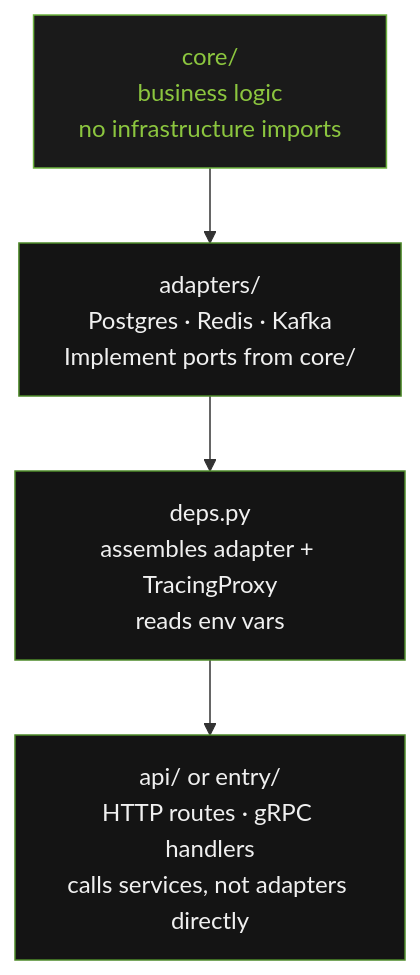
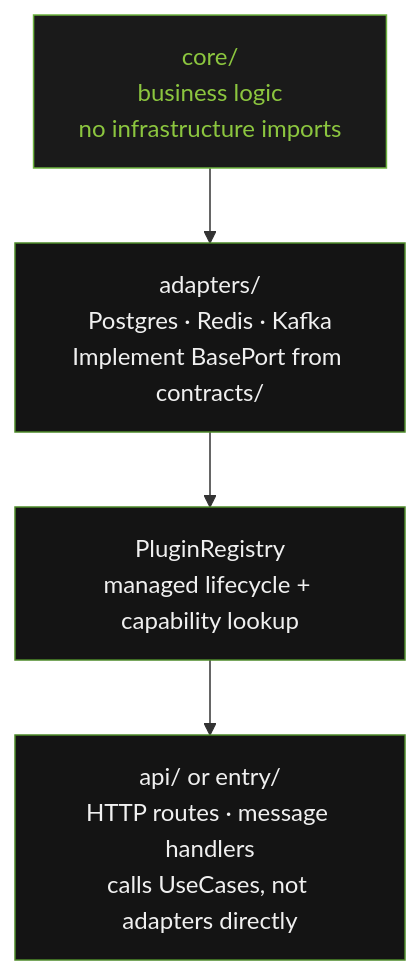
One commit to Furious-Meteors/openframe-core changed the diagram in docs/developer-guide/how-it-works.md. Above: the diagram before and after it, drawn with Mermaid. The commit also changed other lines of this file and 94 other files, not shown here.

````diff
--- a/docs/developer-guide/how-it-works.md
+++ b/docs/developer-guide/how-it-works.md
@@ -11,16 +11,16 @@
 ```mermaid
 flowchart TD
     CORE["core/\nbusiness logic\nno infrastructure imports"]
-    ADAPTER["adapters/\nPostgres · Redis · Kafka\nImplement ports from core/"]
-    DEPS["deps.py\nassembles adapter + TracingProxy\nreads env vars"]
-    ROUTES["api/ or entry/\nHTTP routes · gRPC handlers\ncalls services, not adapters directly"]
+    ADAPTER["adapters/\nPostgres · Redis · Kafka\nImplement BasePort from contracts/"]
+    REGISTRY["PluginRegistry\nmanaged lifecycle + capability lookup"]
+    ROUTES["api/ or entry/\nHTTP routes · message handlers\ncalls UseCases, not adapters directly"]
 
     CORE --> ADAPTER
-    ADAPTER --> DEPS
-    DEPS --> ROUTES
+    ADAPTER --> REGISTRY
+    REGISTRY --> ROUTES
 
     style CORE fill:#1a1a1a,color:#8CC63F,stroke:#6DB33F
     style ADAPTER fill:#141414,color:#F0F0F0,stroke:#4E8A2A
-    style DEPS fill:#141414,color:#F0F0F0,stroke:#4E8A2A
+    style REGISTRY fill:#141414,color:#F0F0F0,stroke:#4E8A2A
     style ROUTES fill:#141414,color:#F0F0F0,stroke:#4E8A2A
 ```
````
